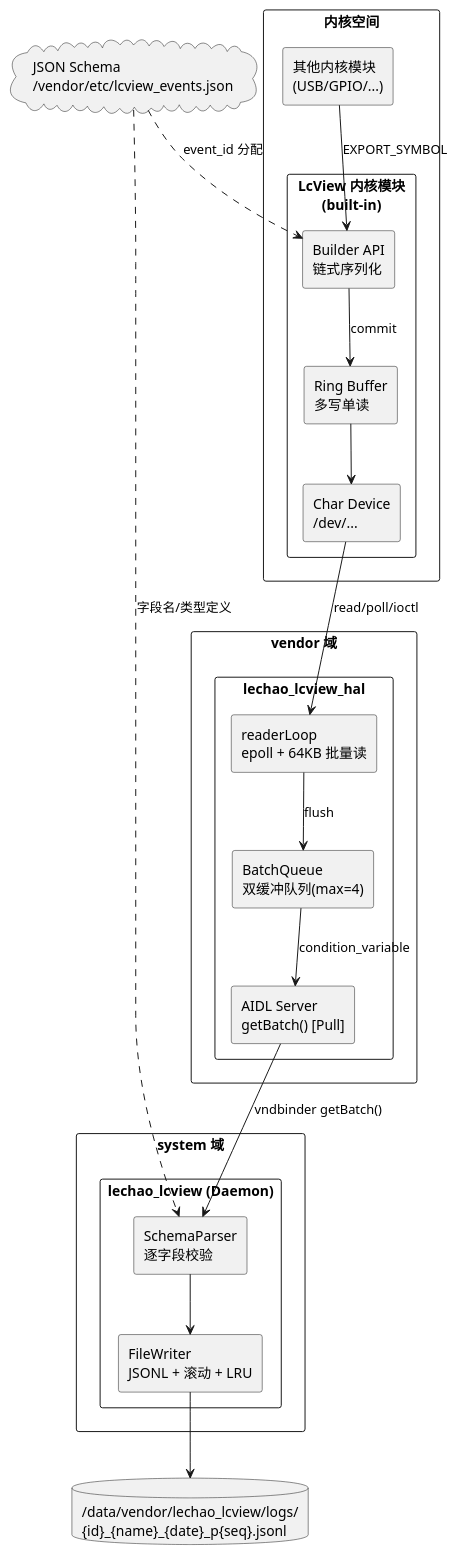
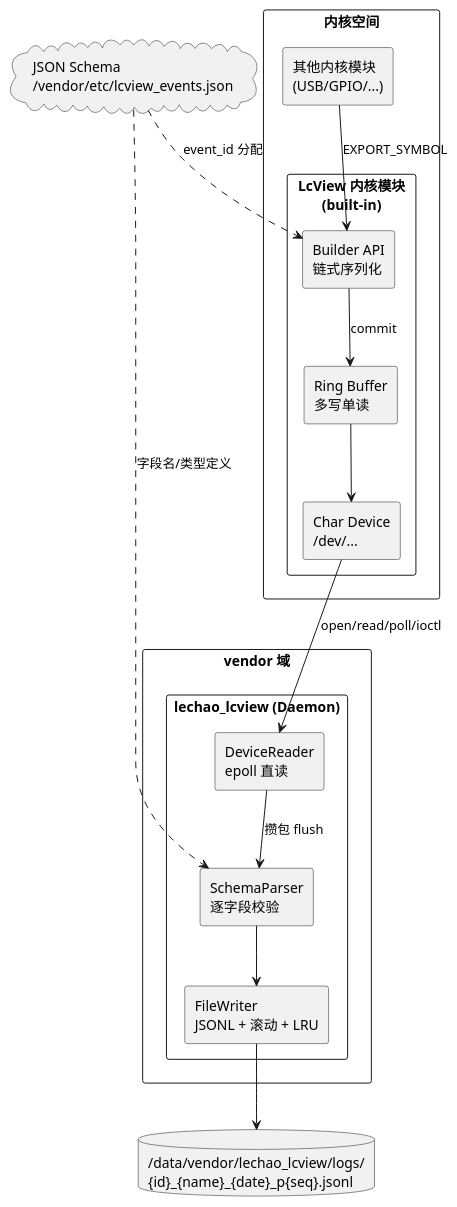
One commit to lechao365/AndroidSystemEnhance changed the first of 6 diagrams in docs/01-打点增强/README.md. Above: the diagram before and after it, drawn with PlantUML. The commit also changed other lines of this file and 199 other files, not shown here.

````diff
--- a/docs/01-打点增强/README.md
+++ b/docs/01-打点增强/README.md
@@ -21,45 +20,36 @@
 ```plantuml
 @startuml
 skinparam packageStyle rectangle
 skinparam componentStyle rectangle
 
 package "内核空间" {
     component "其他内核模块\n(USB/GPIO/...)" as Callers
     component "LcView 内核模块\n(built-in)" as Kernel {
         component "Builder API\n链式序列化" as Builder
         component "Ring Buffer\n多写单读" as Ring
         component "Char Device\n/dev/..." as CharDev
     }
 }
 
 package "vendor 域" {
-    component "lechao_lcview_hal" as HAL {
-        component "readerLoop\nepoll + 64KB 批量读" as Reader
-        component "BatchQueue\n双缓冲队列(max=4)" as Queue
-        component "AIDL Server\ngetBatch() [Pull]" as AIDL
-    }
-}
-
-package "system 域" {
     component "lechao_lcview (Daemon)" as Daemon {
+        component "DeviceReader\nepoll 直读" as Reader
         component "SchemaParser\n逐字段校验" as Validator
         component "FileWriter\nJSONL + 滚动 + LRU" as Writer
     }
 }
 
 cloud "JSON Schema\n/vendor/etc/lcview_events.json" as Schema
 database "/data/vendor/lechao_lcview/logs/\n{id}_{name}_{date}_p{seq}.jsonl" as Storage
 
 Callers --> Builder : EXPORT_SYMBOL
 Builder --> Ring : commit
 Ring --> CharDev
-CharDev --> Reader : read/poll/ioctl
-Reader --> Queue : flush
-Queue --> AIDL : condition_variable
-AIDL --> Validator : vndbinder getBatch()
+CharDev --> Reader : open/read/poll/ioctl
+Reader --> Validator : 攒包 flush
 Validator --> Writer
 Writer --> Storage
 Schema ..> Validator : 字段名/类型定义
 Schema ..> Builder : event_id 分配
 @enduml
 ```
````
